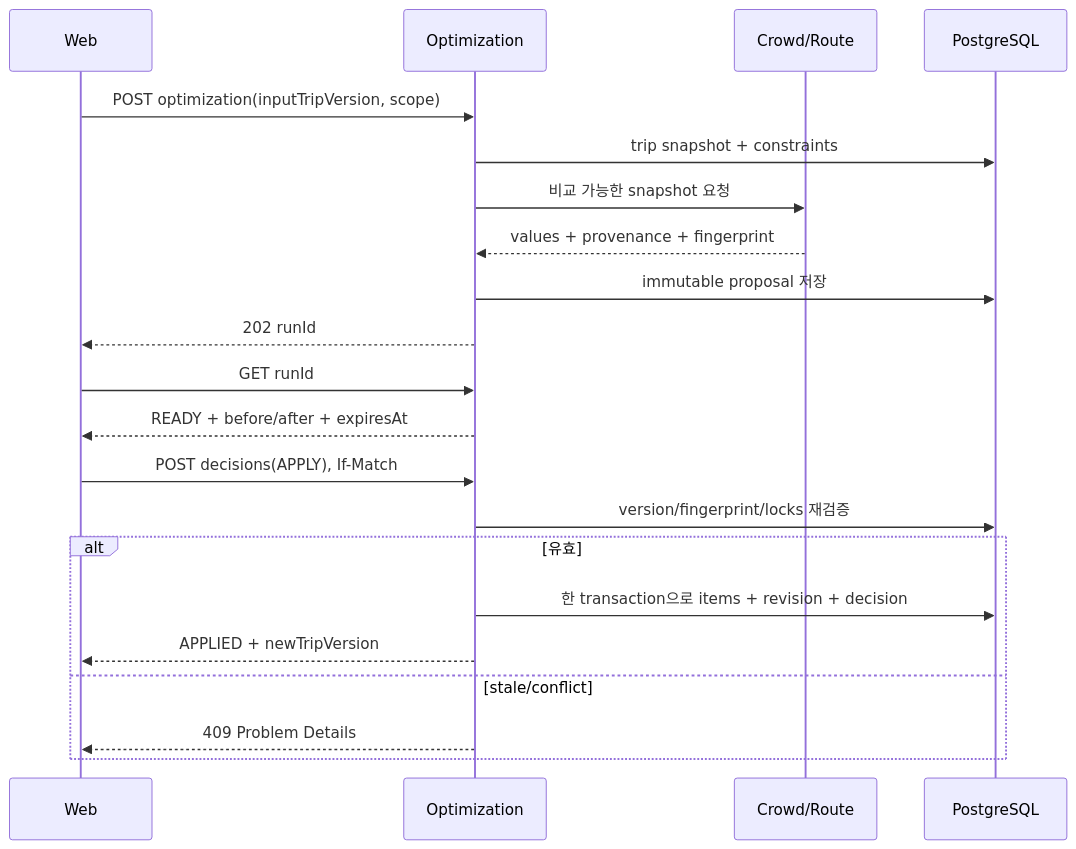
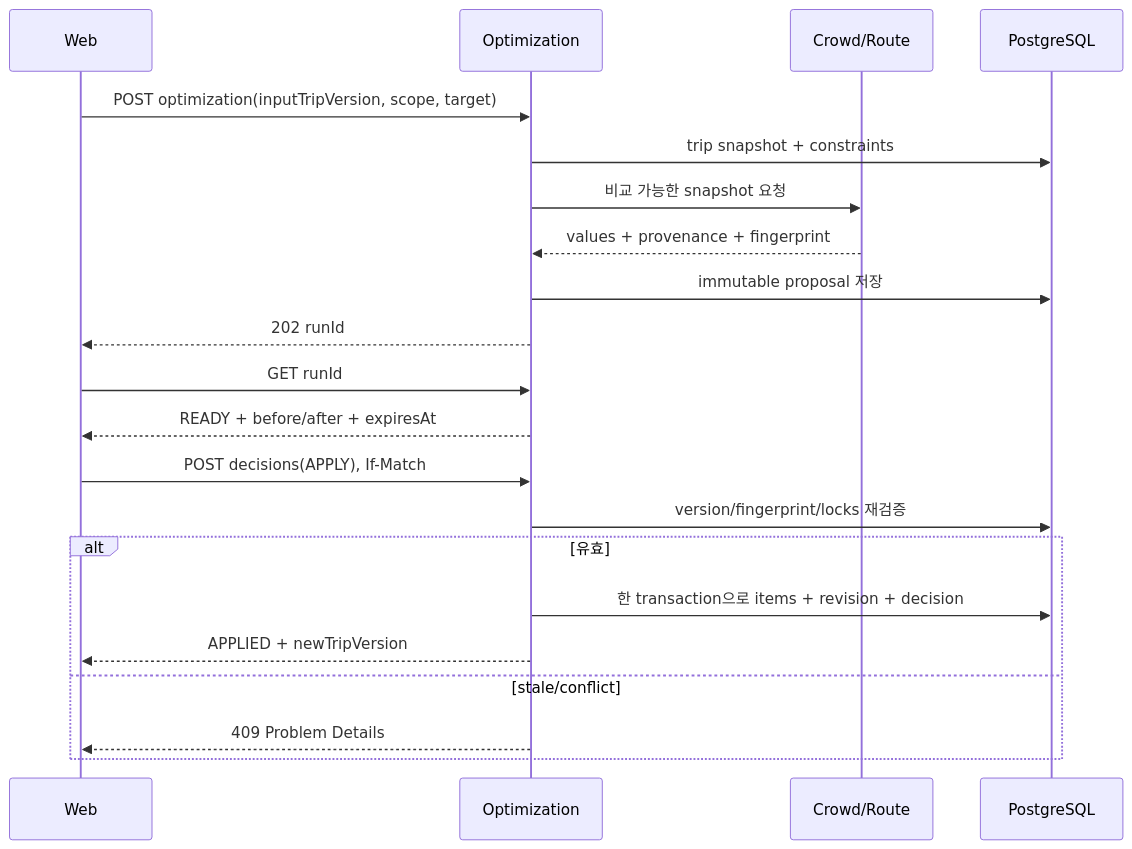
One commit to yutakdv/Nullnull changed the third of 4 diagrams in docs/architecture/SYSTEM_ARCHITECTURE.md. Above: the diagram before and after it, drawn with Mermaid. The commit also changed other lines of this file and 6 other files, not shown here.

````diff
--- a/docs/architecture/SYSTEM_ARCHITECTURE.md
+++ b/docs/architecture/SYSTEM_ARCHITECTURE.md
@@ -145,24 +145,24 @@
 ```mermaid
 sequenceDiagram
     participant W as Web
     participant O as Optimization
     participant C as Crowd/Route
     participant D as PostgreSQL
 
-    W->>O: POST optimization(inputTripVersion, scope)
+    W->>O: POST optimization(inputTripVersion, scope, target)
     O->>D: trip snapshot + constraints
     O->>C: 비교 가능한 snapshot 요청
     C-->>O: values + provenance + fingerprint
     O->>D: immutable proposal 저장
     O-->>W: 202 runId
     W->>O: GET runId
     O-->>W: READY + before/after + expiresAt
     W->>O: POST decisions(APPLY), If-Match
     O->>D: version/fingerprint/locks 재검증
     alt 유효
       O->>D: 한 transaction으로 items + revision + decision
       O-->>W: APPLIED + newTripVersion
     else stale/conflict
       O-->>W: 409 Problem Details
     end
 ```
````
